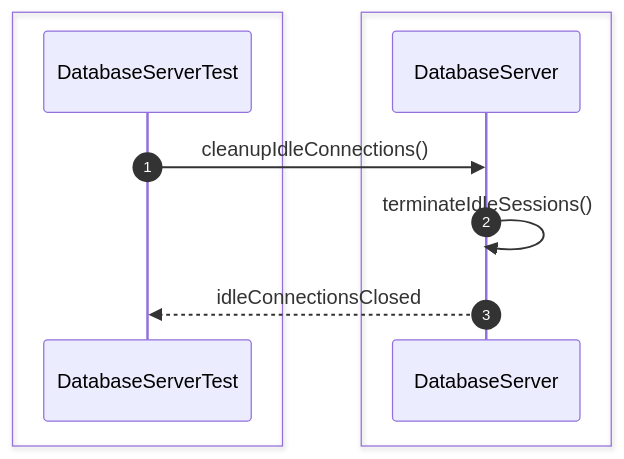
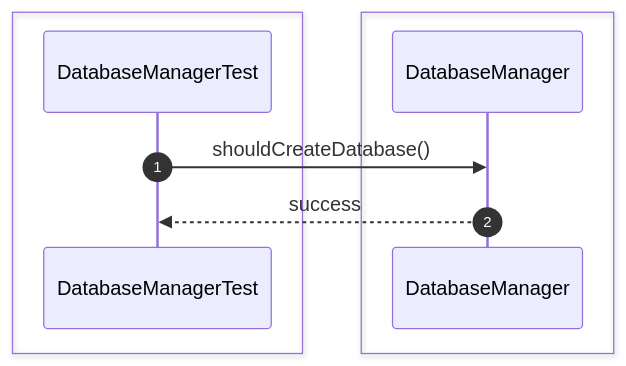
The ninth of 44 diagrams in src/sequence/db-server.md (Huy1801214/dbms-architecture), drawn with Mermaid before and after one commit. The commit also changed other lines of this file and 68 other files, not shown here.

Commit message:
implement comprehensive unit test suite and architectural sequence documentation

````diff
--- a/src/sequence/db-server.md
+++ b/src/sequence/db-server.md
@@ -158,15 +128,13 @@
 ```mermaid
 sequenceDiagram
     autonumber
-
     box #e1f5fe Test Suite
-    participant Test as DatabaseServerTest
+    participant Test as DatabaseManagerTest
     end
-    box #e3f2fd Server Managers
-    participant Server as DatabaseServer
+    box #e3f2fd DatabaseManager Component
+    participant DM as DatabaseManager
     end
 
-    Test->>Server: cleanupIdleConnections()
-    Server->>Server: terminateIdleSessions()
-    Server-->>Test: idleConnectionsClosed
+    Test->>DM: shouldCreateDatabase()
+    DM-->>Test: success
 ```
````
